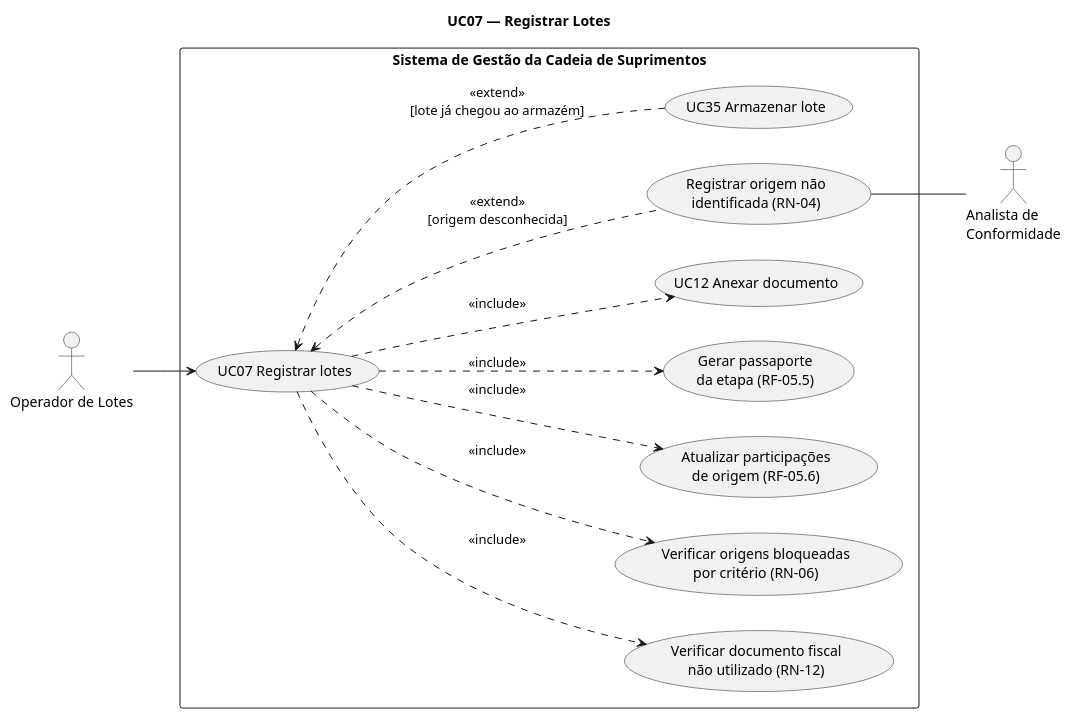
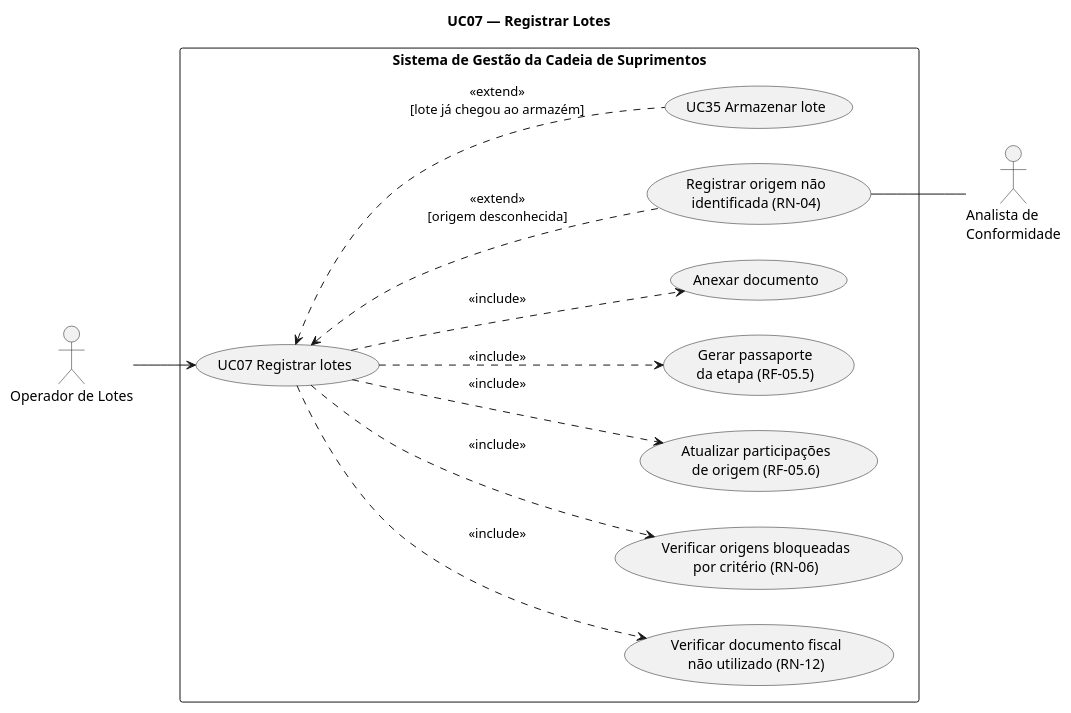
One commit to pedrohrossetto/gestao-cadeia-suprimentos changed the diagram in docs/v3/casos-de-uso/plantuml/uc07-registrar-lotes.puml. Above: the diagram before and after it, drawn with PlantUML. The commit also changed 17 other files, not shown here.

First line of the commit message:
docs(casos-de-uso): remover referências aos diagramas excluídos da v3

```diff
--- a/docs/v3/casos-de-uso/plantuml/uc07-registrar-lotes.puml
+++ b/docs/v3/casos-de-uso/plantuml/uc07-registrar-lotes.puml
@@ -3,31 +3,31 @@
 @startuml uc07-registrar-lotes
 title UC07 — Registrar Lotes
 left to right direction
 skinparam packageStyle rectangle
 skinparam shadowing false
 
 actor "Operador de Lotes" as ope
 actor "Analista de\nConformidade" as ana
 
 rectangle "Sistema de Gestão da Cadeia de Suprimentos" {
   usecase "UC07 Registrar lotes" as uc07
   usecase "Verificar documento fiscal\nnão utilizado (RN-12)" as doc
   usecase "Verificar origens bloqueadas\npor critério (RN-06)" as blq
   usecase "Atualizar participações\nde origem (RF-05.6)" as par
   usecase "Gerar passaporte\nda etapa (RF-05.5)" as pas
-  usecase "UC12 Anexar documento" as uc12
+  usecase "Anexar documento" as uc12
   usecase "Registrar origem não\nidentificada (RN-04)" as nid
   usecase "UC35 Armazenar lote" as uc35
 }
 
 ope --> uc07
 nid -- ana
 
 uc07 ..> doc : <<include>>
 uc07 ..> blq : <<include>>
 uc07 ..> par : <<include>>
 uc07 ..> pas : <<include>>
 uc07 ..> uc12 : <<include>>
 uc07 <.. nid : <<extend>>\n[origem desconhecida]
 uc07 <.. uc35 : <<extend>>\n[lote já chegou ao armazém]
 @enduml
```
